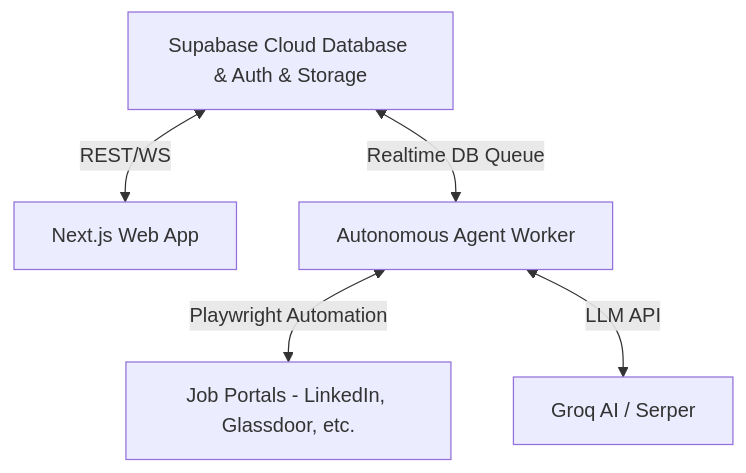
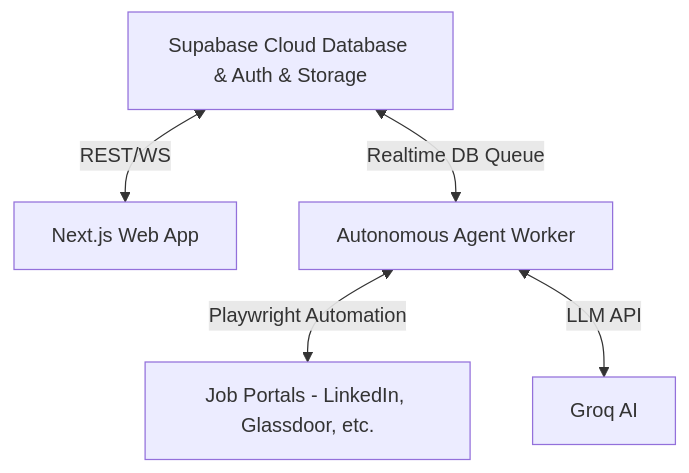
Before and after one commit to dev-abuhurera/JobNavi: the diagram in DEPLOYMENT.md, drawn with Mermaid. The commit also changed other lines of this file and 27 other files, not shown here.

````diff
--- a/DEPLOYMENT.md
+++ b/DEPLOYMENT.md
@@ -28,7 +28,7 @@
 ```mermaid
 graph TD
     A[Supabase Cloud Database & Auth & Storage] <-- REST/WS --> B[Next.js Web App]
     A <-- Realtime DB Queue --> C[Autonomous Agent Worker]
     C <-- Playwright Automation --> D[Job Portals - LinkedIn, Glassdoor, etc.]
-    C <-- LLM API --> E[Groq AI / Serper]
+     C <-- LLM API --> E[Groq AI]
 ```
````
